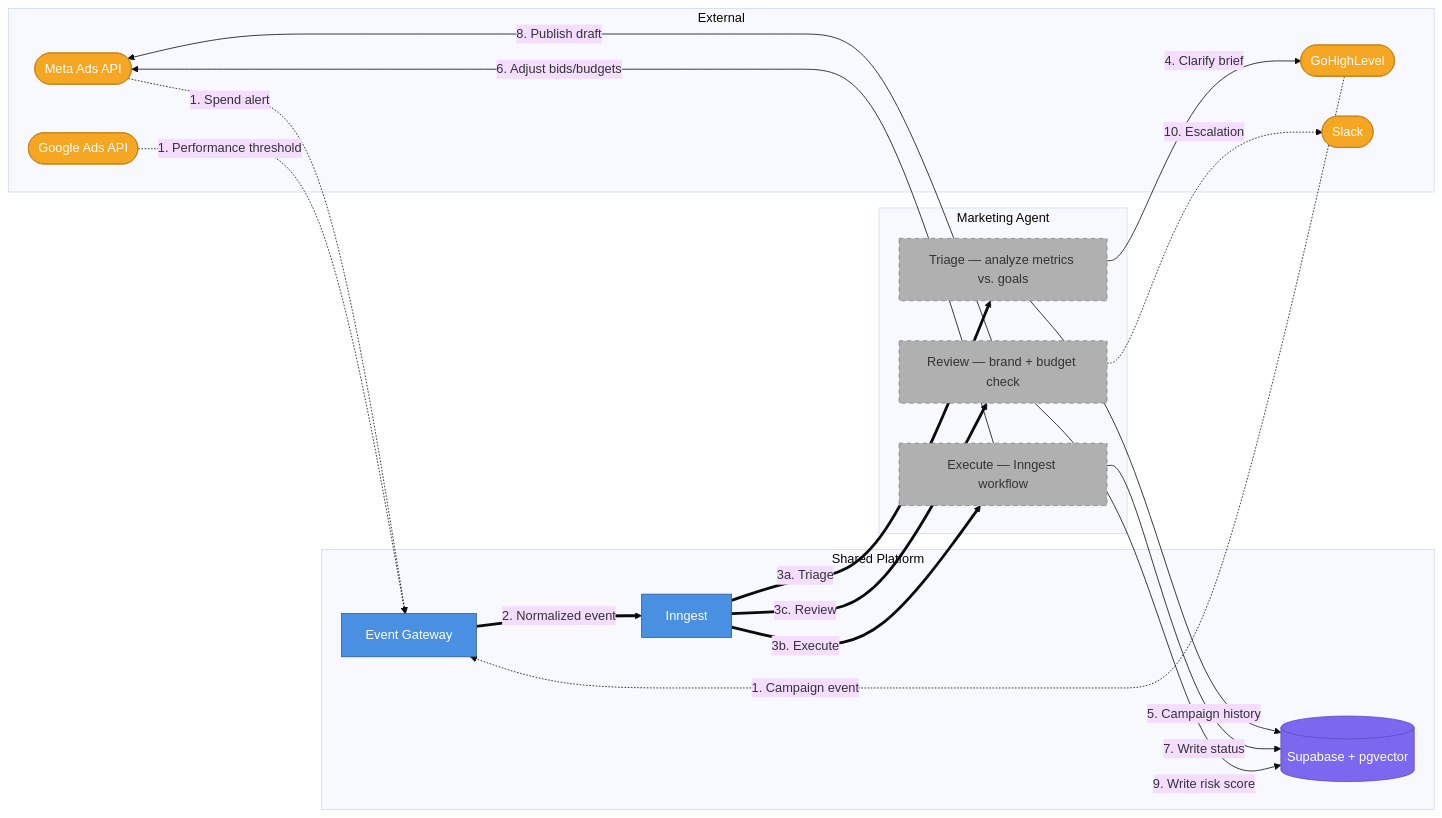
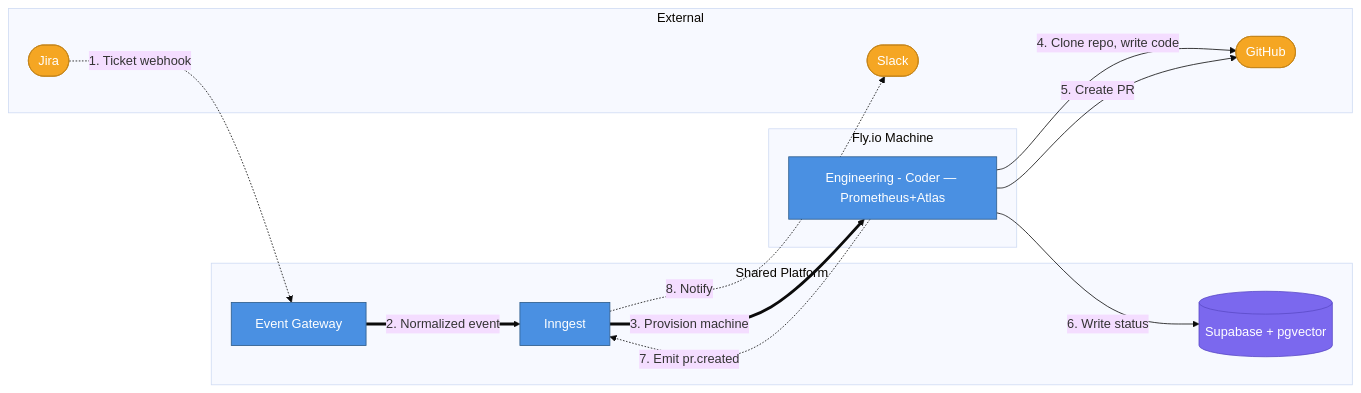
Before and after one commit to viiqswim/dozaldevs-ai-employee: the fourth of 4 diagrams in docs/2026-04-14-0104-full-system-vision.md, drawn with Mermaid (base theme). The commit also changed other lines of this file and 1 other file, not shown here.

First line of the commit message:
docs: reframe platform around single-responsibility employees with Fly.io-only runtime

````diff
--- a/docs/2026-04-14-0104-full-system-vision.md
+++ b/docs/2026-04-14-0104-full-system-vision.md
@@ -336,41 +408,31 @@
 ```mermaid
 flowchart LR
     subgraph External
-        META(["Meta Ads API"]):::external
-        GOOGLE(["Google Ads API"]):::external
-        GHL(["GoHighLevel"]):::external
-        SLACK2(["Slack"]):::external
+        JIRA(["Jira"]):::external
+        GH(["GitHub"]):::external
+        SLACK(["Slack"]):::external
     end
 
     subgraph Shared Platform
-        GW2["Event Gateway"]:::service
-        INN2["Inngest"]:::service
-        SB2[("Supabase + pgvector")]:::storage
+        GW["Event Gateway"]:::service
+        INN["Inngest"]:::service
+        SB[("Supabase + pgvector")]:::storage
     end
 
-    subgraph Marketing Agent
-        MTRIAGE["Triage — analyze metrics vs. goals"]:::future
-        MEXEC["Execute — Inngest workflow"]:::future
-        MREVIEW["Review — brand + budget check"]:::future
+    subgraph Fly.io Machine
+        EXEC["Engineering - Coder — Prometheus+Atlas"]:::service
     end
 
-    META -.->|"1. Spend alert"| GW2
-    GOOGLE -.->|"1. Performance threshold"| GW2
-    GHL -.->|"1. Campaign event"| GW2
-    GW2 ==>|"2. Normalized event"| INN2
-    INN2 ==>|"3a. Triage"| MTRIAGE
-    INN2 ==>|"3b. Execute"| MEXEC
-    INN2 ==>|"3c. Review"| MREVIEW
-    MTRIAGE -->|"4. Clarify brief"| GHL
-    MTRIAGE -->|"5. Campaign history"| SB2
-    MEXEC -->|"6. Adjust bids/budgets"| META
-    MEXEC -->|"7. Write status"| SB2
-    MREVIEW -->|"8. Publish draft"| META
-    MREVIEW -->|"9. Write risk score"| SB2
-    MREVIEW -.->|"10. Escalation"| SLACK2
+    JIRA -.->|"1. Ticket webhook"| GW
+    GW ==>|"2. Normalized event"| INN
+    INN ==>|"3. Provision machine"| EXEC
+    EXEC -->|"4. Clone repo, write code"| GH
+    EXEC -->|"5. Create PR"| GH
+    EXEC -->|"6. Write status"| SB
+    EXEC -.->|"7. Emit pr.created"| INN
+    INN -.->|"8. Notify"| SLACK
 
     classDef service fill:#4A90E2,stroke:#2E5C8A,color:#fff
     classDef storage fill:#7B68EE,stroke:#5B4BC7,color:#fff
     classDef external fill:#F5A623,stroke:#C4841A,color:#fff
-    classDef future fill:#B0B0B0,stroke:#808080,color:#333,stroke-dasharray:5
 ```
````
